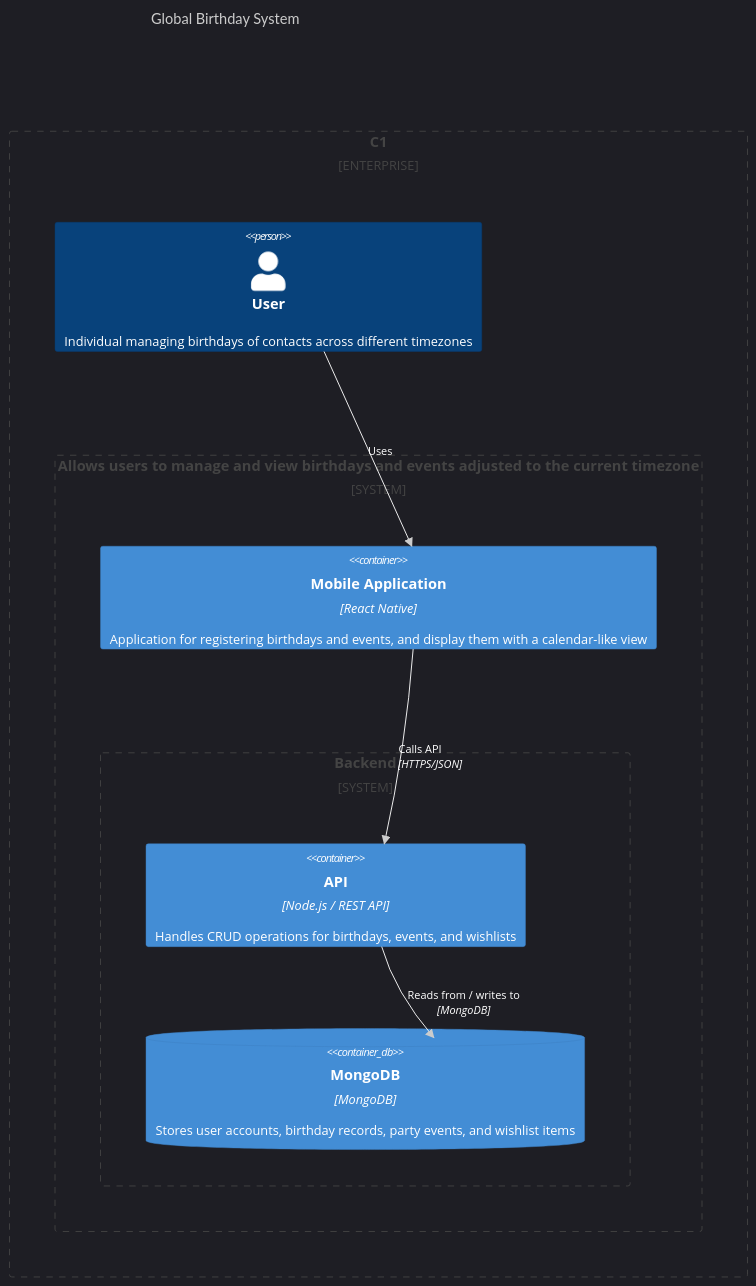
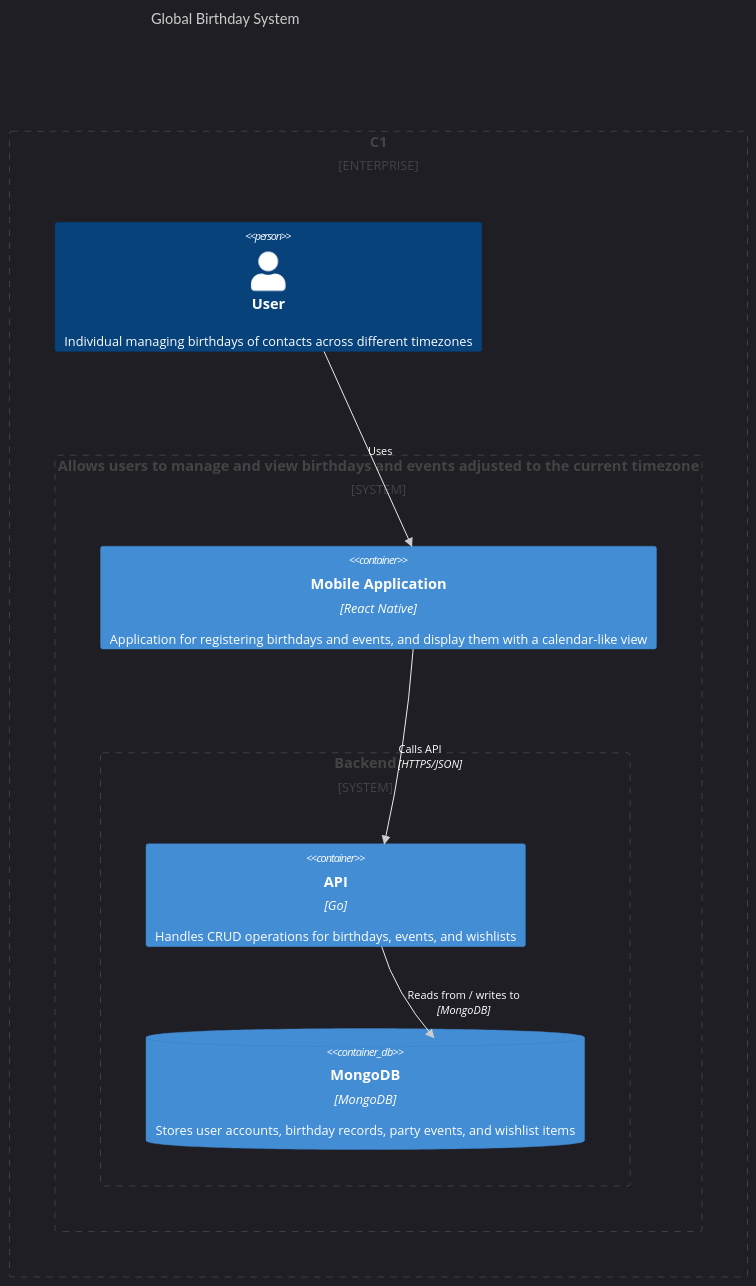
One commit to DahirVJC/global-birthday-server changed the diagram in docs/04-architecture.md. Above: the diagram before and after it, drawn with Mermaid. The commit also changed other lines of this file and 1 other file, not shown here.

`````diff
--- a/docs/04-architecture.md
+++ b/docs/04-architecture.md
@@ -4,26 +4,26 @@
 ````mermaid
 %%{init: {
   "theme": "dark"
 }}%%
 C4Context
     title Global Birthday System
     Enterprise_Boundary(b0, "C1") {
         Person(user, "User", "Individual managing birthdays of contacts across different timezones")
 
         System_Boundary("Global Birthday System", "Allows users to manage and view  birthdays and events adjusted to the current timezone"){
             Container(mobile, "Mobile Application", "React Native", "Application for registering birthdays and events, and display them with a calendar-like view")
 
             System_Boundary(backend, "Backend") {
-                Container(api, "API", "Node.js / REST API", "Handles CRUD operations for birthdays, events, and wishlists")
+                Container(api, "API", "Go", "Handles CRUD operations for birthdays, events, and wishlists")
                 ContainerDb(mongodb, "MongoDB", "MongoDB", "Stores user accounts, birthday records, party events, and wishlist items")
             }
             Rel(user, mobile, "Uses")
             Rel(mobile, api, "Calls API", "HTTPS/JSON")
             Rel(api, mongodb, "Reads from / writes to", "MongoDB")
         }
     }
 
     UpdateRelStyle(user, mobile, $textColor="#fff", $lineColor="#fff")
     UpdateRelStyle(mobile, api, $textColor="#fff", $lineColor="#fff")
     UpdateRelStyle(api, mongodb, $textColor="#fff", $lineColor="#fff")
 ````
`````
